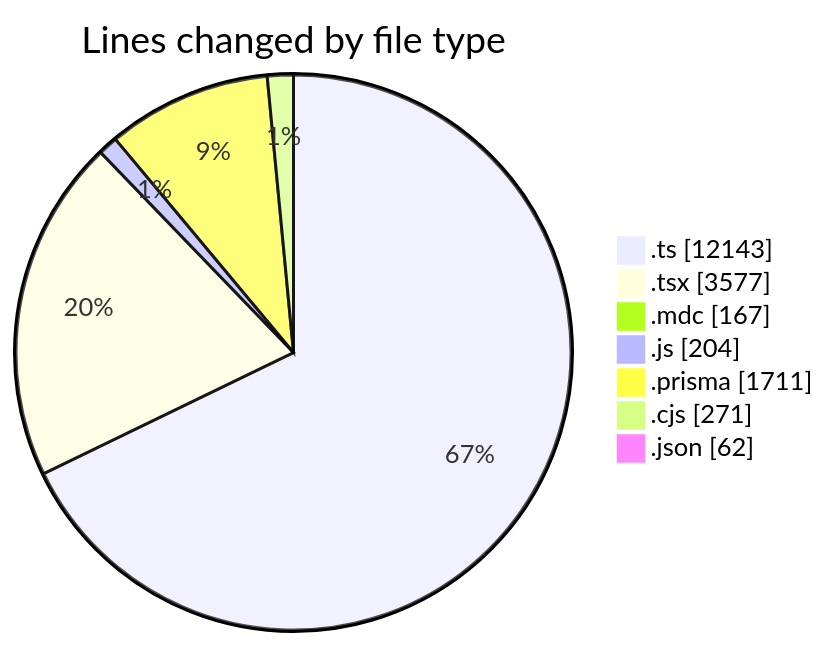
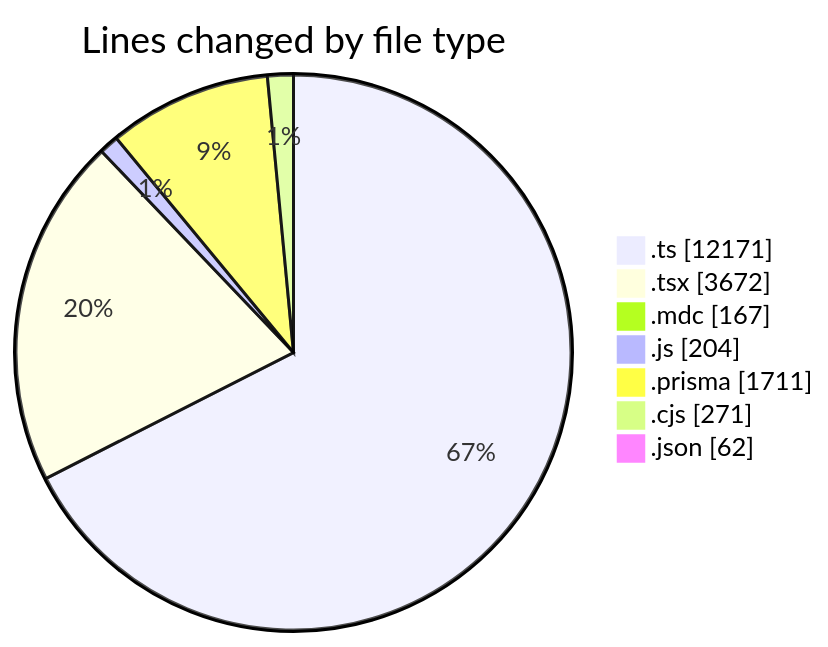
The first of 2 diagrams in 2025-06-06/ecodeli-1/README.md (CELIANVF/code-tracking), drawn with Mermaid before and after one commit. The commit also changed other lines of this file and 1 other file, not shown here.

````diff
--- a/2025-06-06/ecodeli-1/README.md
+++ b/2025-06-06/ecodeli-1/README.md
@@ -67,11 +70,11 @@
 ```mermaid
 pie showData
 title Lines changed by file type
-".ts" : 12143
-".tsx" : 3577
+".ts" : 12171
+".tsx" : 3672
 ".mdc" : 167
 ".js" : 204
 ".prisma" : 1711
 ".cjs" : 271
 ".json" : 62
 ```
````
